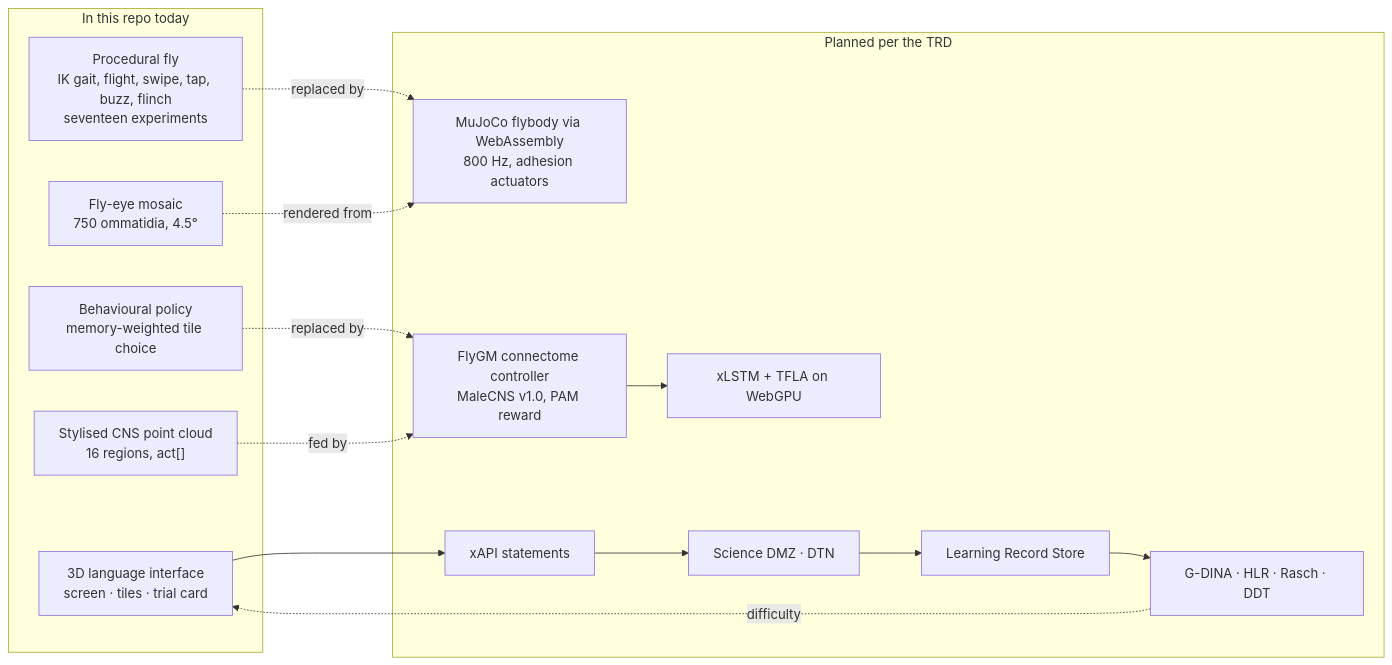
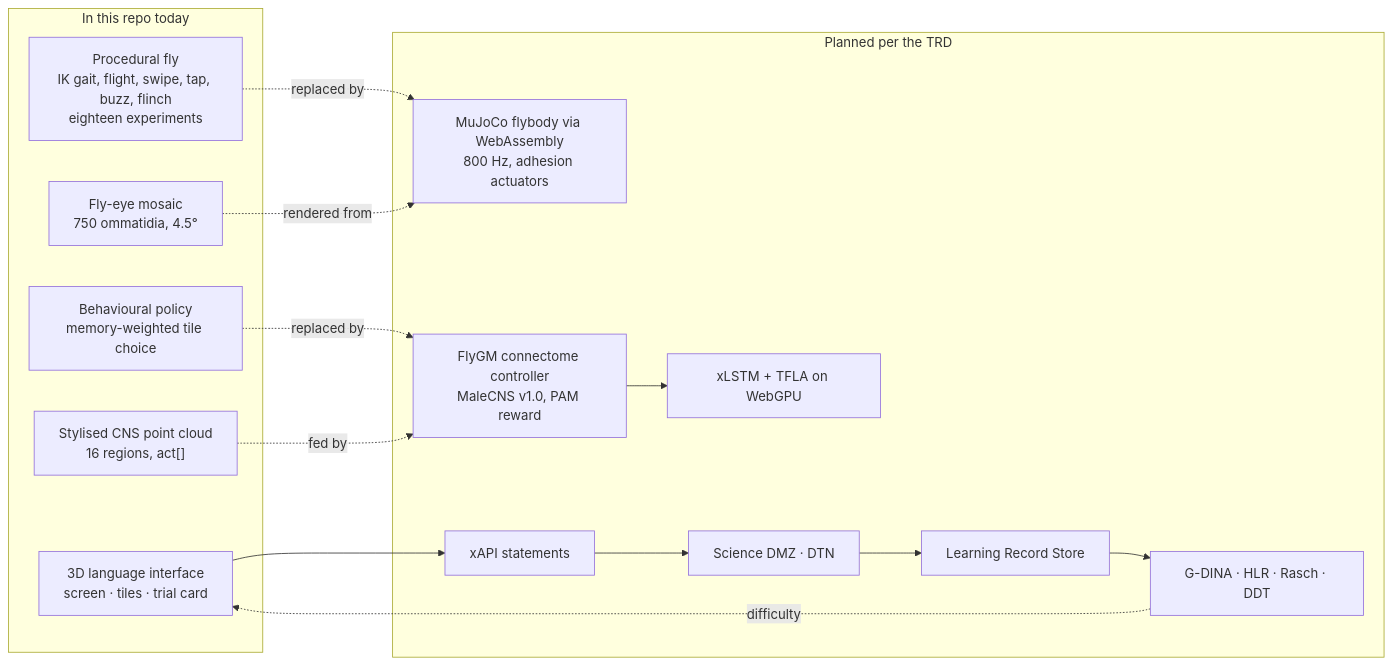
One commit to jayrosen-design/fly-lingo changed the fourth of 4 diagrams in README.md. Above: the diagram before and after it, drawn with Mermaid. The commit also changed other lines of this file and 5 other files, not shown here.

````diff
--- a/README.md
+++ b/README.md
@@ -592,26 +607,26 @@
 ```mermaid
 flowchart LR
   subgraph Now["In this repo today"]
     UI["3D language interface<br/>screen · tiles · trial card"]
-    FlyP["Procedural fly<br/>IK gait, flight, swipe, tap, buzz, flinch<br/>seventeen experiments"]
+    FlyP["Procedural fly<br/>IK gait, flight, swipe, tap, buzz, flinch<br/>eighteen experiments"]
     Policy["Behavioural policy<br/>memory-weighted tile choice"]
     BrainViz["Stylised CNS point cloud<br/>16 regions, act[]"]
     Eye["Fly-eye mosaic<br/>750 ommatidia, 4.5°"]
   end
   subgraph Planned["Planned per the TRD"]
     MuJoCo["MuJoCo flybody via WebAssembly<br/>800 Hz, adhesion actuators"]
     FlyGM["FlyGM connectome controller<br/>MaleCNS v1.0, PAM reward"]
     xLSTM["xLSTM + TFLA on WebGPU"]
     xAPI["xAPI statements"]
     DMZ["Science DMZ · DTN"]
     LRS["Learning Record Store"]
     Eval["G-DINA · HLR · Rasch · DDT"]
   end
   Policy -. replaced by .-> FlyGM
   FlyP -. replaced by .-> MuJoCo
   BrainViz -. fed by .-> FlyGM
   Eye -. rendered from .-> MuJoCo
   UI --> xAPI --> DMZ --> LRS --> Eval
   Eval -. difficulty .-> UI
   FlyGM --> xLSTM
 ```
````
